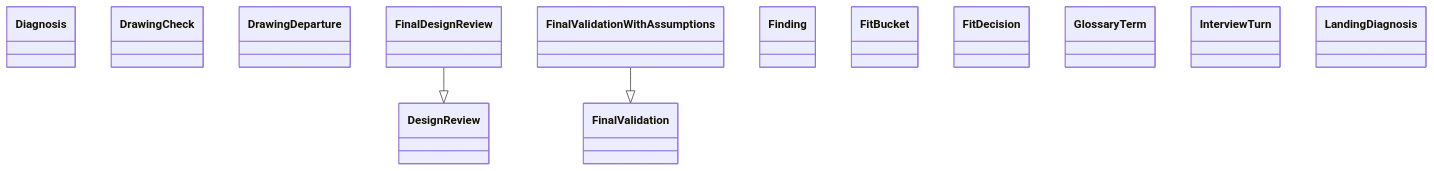
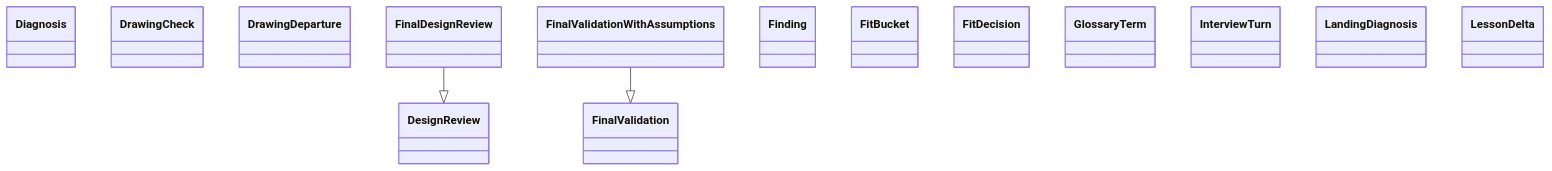
One commit to GonzaloZevallos/agentic-system changed the diagram in docs/architecture/generated/classes-process-domain-roles-3.md. Above: the diagram before and after it, drawn with Mermaid. The commit also changed other lines of this file and 22 other files, not shown here.

Commit message:
Regenerate the architecture docs after merging master

````diff
--- a/docs/architecture/generated/classes-process-domain-roles-3.md
+++ b/docs/architecture/generated/classes-process-domain-roles-3.md
@@ -30,18 +30,19 @@
 ```mermaid
 classDiagram
     class schemas__DesignReview["DesignReview"]
     class schemas__Diagnosis["Diagnosis"]
     class schemas__DrawingCheck["DrawingCheck"]
     class schemas__DrawingDeparture["DrawingDeparture"]
     class schemas__FinalDesignReview["FinalDesignReview"]
     class schemas__FinalValidation["FinalValidation"]
     class schemas__FinalValidationWithAssumptions["FinalValidationWithAssumptions"]
     class schemas__Finding["Finding"]
     class schemas__FitBucket["FitBucket"]
     class schemas__FitDecision["FitDecision"]
     class schemas__GlossaryTerm["GlossaryTerm"]
     class schemas__InterviewTurn["InterviewTurn"]
     class schemas__LandingDiagnosis["LandingDiagnosis"]
+    class schemas__LessonDelta["LessonDelta"]
     schemas__FinalDesignReview --|> schemas__DesignReview
     schemas__FinalValidationWithAssumptions --|> schemas__FinalValidation
 ```
````
